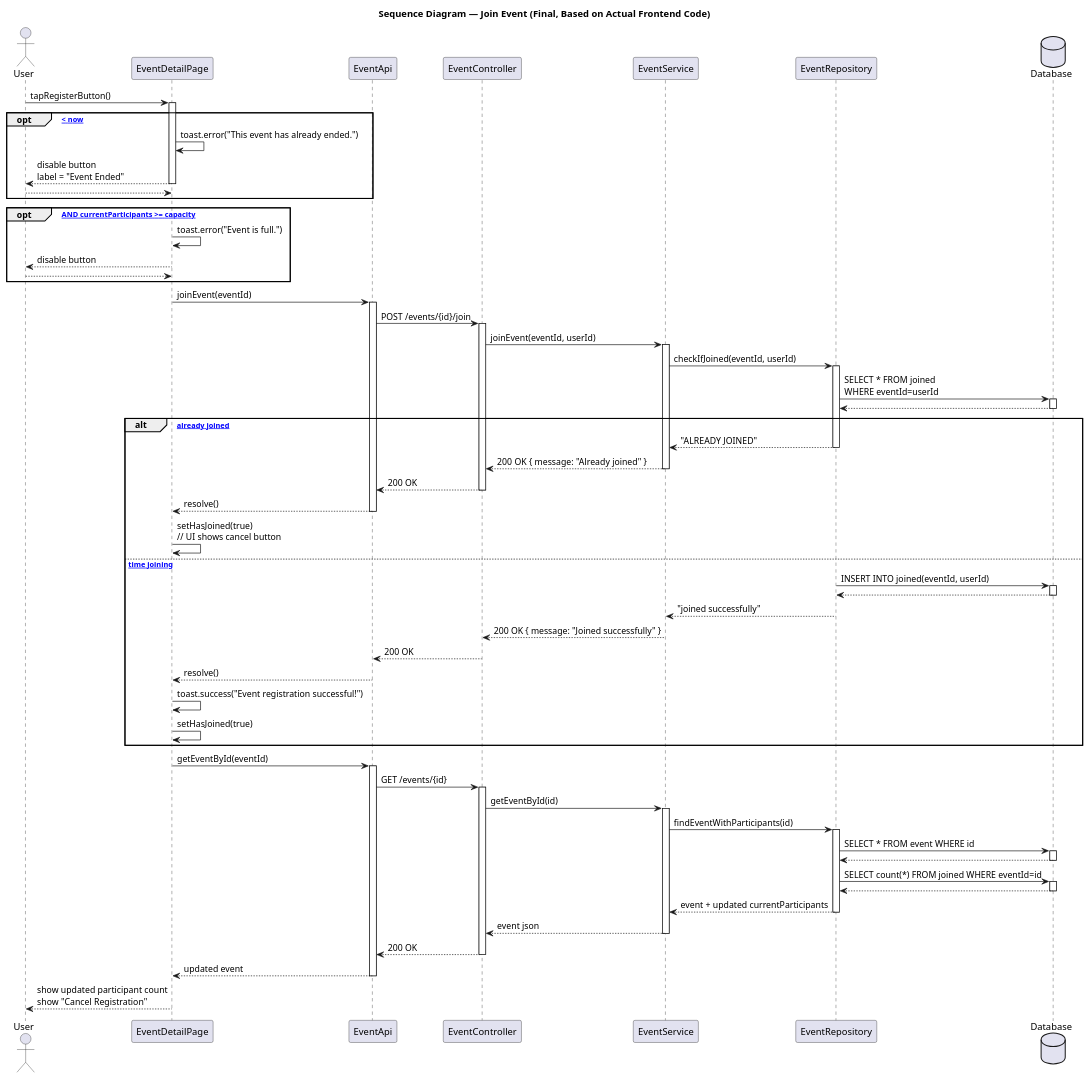
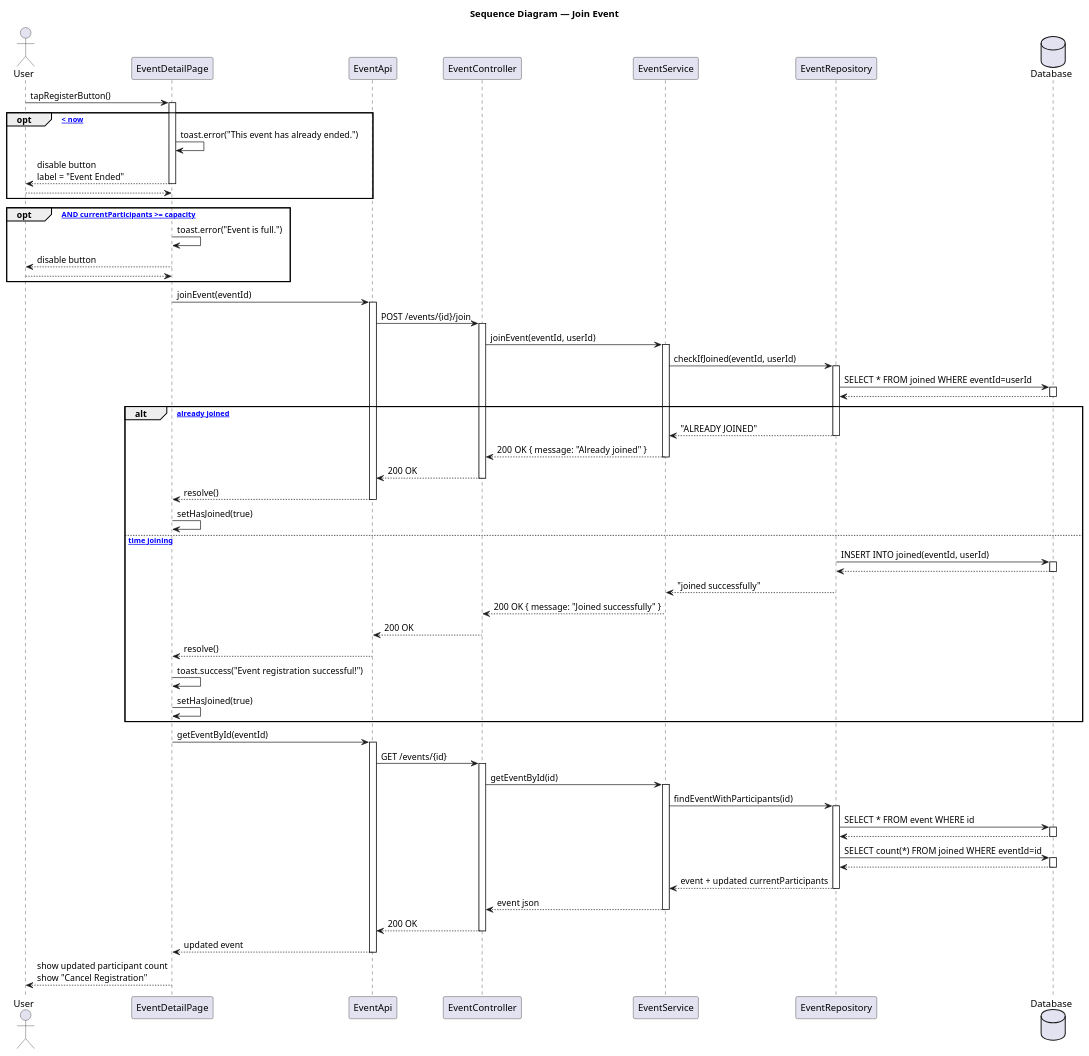
Before and after one commit to Teddy50060/WeGoEverywhere2: the diagram in docs/join-event-sequence-diagram.puml, drawn with PlantUML.

Commit message:
docs: edit sequence diagram for join event

```diff
--- a/docs/join-event-sequence-diagram.puml
+++ b/docs/join-event-sequence-diagram.puml
@@ -1,142 +1,119 @@
-@startuml
-title Sequence Diagram — Join Event (Final, Based on Actual Frontend Code)
+@startuml 
+title Sequence Diagram — Join Event
 
-/' === Participants === '/
 actor User
 participant UI as "EventDetailPage"
 participant API as "EventApi"
 participant C as "EventController"
 participant S as "EventService"
 participant R as "EventRepository"
 database DB as "Database"
 
-/' ========================================================
-    User presses "Register for Event"
-   ======================================================== '/
-
 User -> UI : tapRegisterButton()
 activate UI
-
-/' ========================================================
-    SCENARIO 1 — EVENT ALREADY PASSED  (UI blocks)
-   ======================================================== '/
 
 opt [eventDateTime < now]
     UI -> UI : toast.error("This event has already ended.")
     UI --> User : disable button\nlabel = "Event Ended"
     deactivate UI
     return
 end
 
-/' ========================================================
-    SCENARIO 2 — EVENT FULL  (UI blocks)
-   ======================================================== '/
-
 opt [!hasJoined AND currentParticipants >= capacity]
     UI -> UI : toast.error("Event is full.")
     UI --> User : disable button
     deactivate UI
     return
 end
-
-/' ========================================================
-    SCENARIO 3 — USER MAY JOIN EVENT
-    joinEvent API call is allowed
-   ======================================================== '/
 
 UI -> API : joinEvent(eventId)
 activate API
 
 API -> C : POST /events/{id}/join
 activate C
 
 C -> S : joinEvent(eventId, userId)
 activate S
 
 S -> R : checkIfJoined(eventId, userId)
 activate R
 
-R -> DB : SELECT * FROM joined\nWHERE eventId=userId
+R -> DB : SELECT * FROM joined WHERE eventId=userId
 activate DB
 DB --> R
 deactivate DB
 
 alt [user already joined]
     R --> S : "ALREADY JOINED"
     deactivate R
 
     S --> C : 200 OK { message: "Already joined" }
     deactivate S
 
     C --> API : 200 OK
     deactivate C
 
     API --> UI : resolve()
     deactivate API
 
-    UI -> UI : setHasJoined(true)\n// UI shows cancel button
+    UI -> UI : setHasJoined(true)
 else [first time joining]
     R -> DB : INSERT INTO joined(eventId, userId)
     activate DB
     DB --> R
     deactivate DB
     
     R --> S : "joined successfully"
     deactivate R
     
     S --> C : 200 OK { message: "Joined successfully" }
     deactivate S
     
     C --> API : 200 OK
     deactivate C
     
     API --> UI : resolve()
     deactivate API
     
     UI -> UI : toast.success("Event registration successful!")
     UI -> UI : setHasJoined(true)
 end
-
-/' ========================================================
-    SCENARIO 4 — REFRESH EVENT DETAILS  
-    (Frontend always refreshes after join)
-   ======================================================== '/
 
 UI -> API : getEventById(eventId)
 activate API
 
 API -> C : GET /events/{id}
 activate C
 
 C -> S : getEventById(id)
 activate S
 
 S -> R : findEventWithParticipants(id)
 activate R
 
 R -> DB : SELECT * FROM event WHERE id
 activate DB
 DB --> R
 deactivate DB
 
 R -> DB : SELECT count(*) FROM joined WHERE eventId=id
 activate DB
 DB --> R
 deactivate DB
 
 R --> S : event + updated currentParticipants
 deactivate R
 
 S --> C : event json
 deactivate S
 
 C --> API : 200 OK
 deactivate C
 
 API --> UI : updated event
 deactivate API
 
 UI --> User : show updated participant count\nshow "Cancel Registration"
 deactivate UI
 
 @enduml
```
